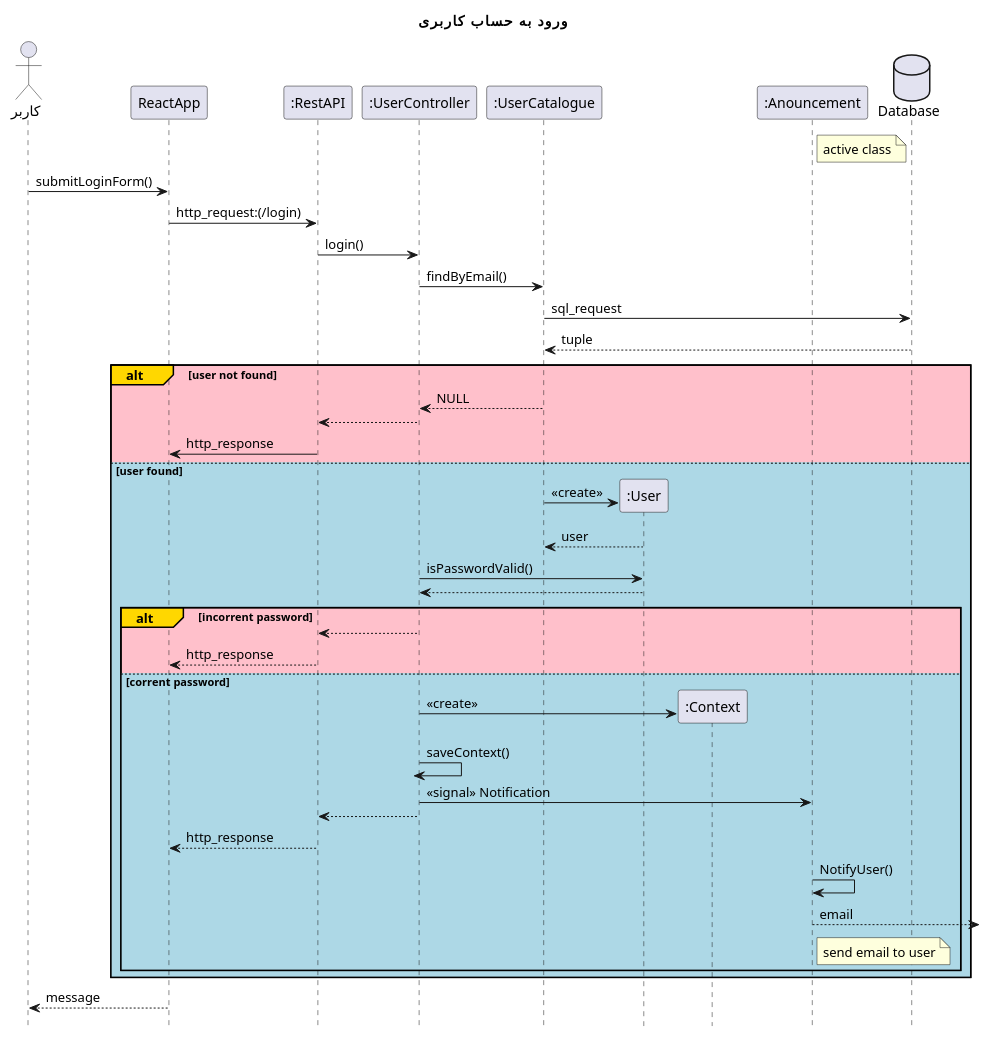
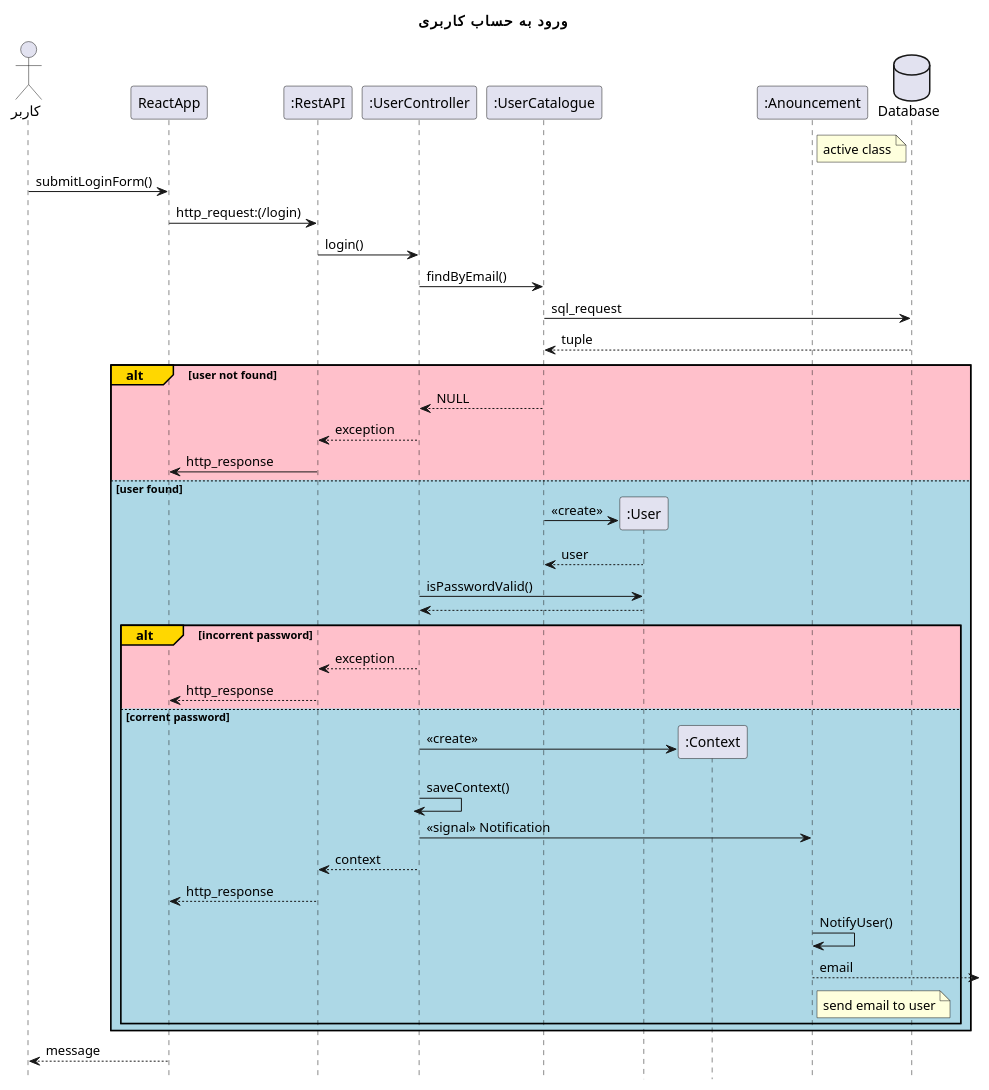
Before and after one commit to Khedmatkar-OOD-spring-2022/Model-and-Documents: the diagram in design sequence diagams/login.plantuml, drawn with PlantUML. The commit also changed 20 other files, not shown here.

```diff
--- a/design sequence diagams/login.plantuml
+++ b/design sequence diagams/login.plantuml
@@ -1,65 +1,65 @@
 @startuml login
 hide footbox
 title "ورود به حساب کاربری"
 actor       کاربر as user
 participant ReactApp
 participant ":RestAPI" as RestAPI
 participant ":UserController" as UserController
 participant ":UserCatalogue" as UserCatalogue
 participant ":User" as User
 participant ":Context" as Context
 participant ":Anouncement" as Anouncement
 database Database
 note right of Anouncement
     active class
 end note
 
 user -> ReactApp: submitLoginForm()
 ReactApp -> RestAPI: http_request:(/login)
 RestAPI -> UserController: login()
 deactivate RestAPI
 UserController -> UserCatalogue: findByEmail()
 UserCatalogue -> Database: sql_request
 return tuple
 
 
 alt#Gold #Pink user not found
 
     UserCatalogue --> UserController: NULL
-    UserController --> RestAPI
+    UserController --> RestAPI: exception
     RestAPI -> ReactApp: http_response
 
 
 else #LightBlue user found
     
     UserCatalogue -> User **: <<create>>
     return user
     UserController -> User : isPasswordValid()
     return
 
     alt#Gold #Pink incorrent password
 
-        UserController --> RestAPI
+        UserController --> RestAPI: exception
         RestAPI --> ReactApp: http_response
 
     else #LightBlue corrent password
 
         UserController -> Context **: <<create>>
         UserController -> UserController: saveContext()
         deactivate UserController
         UserController -> Anouncement : <<signal>> Notification
-        UserController --> RestAPI
+        UserController --> RestAPI: context
         RestAPI --> ReactApp: http_response
         deactivate UserController
         Anouncement -> Anouncement: NotifyUser()
         Anouncement --> : email
         deactivate Anouncement
         note right of Anouncement
             send email to user
         end note
     end
 
 end
 
 ReactApp --> user: message
 @enduml
```
